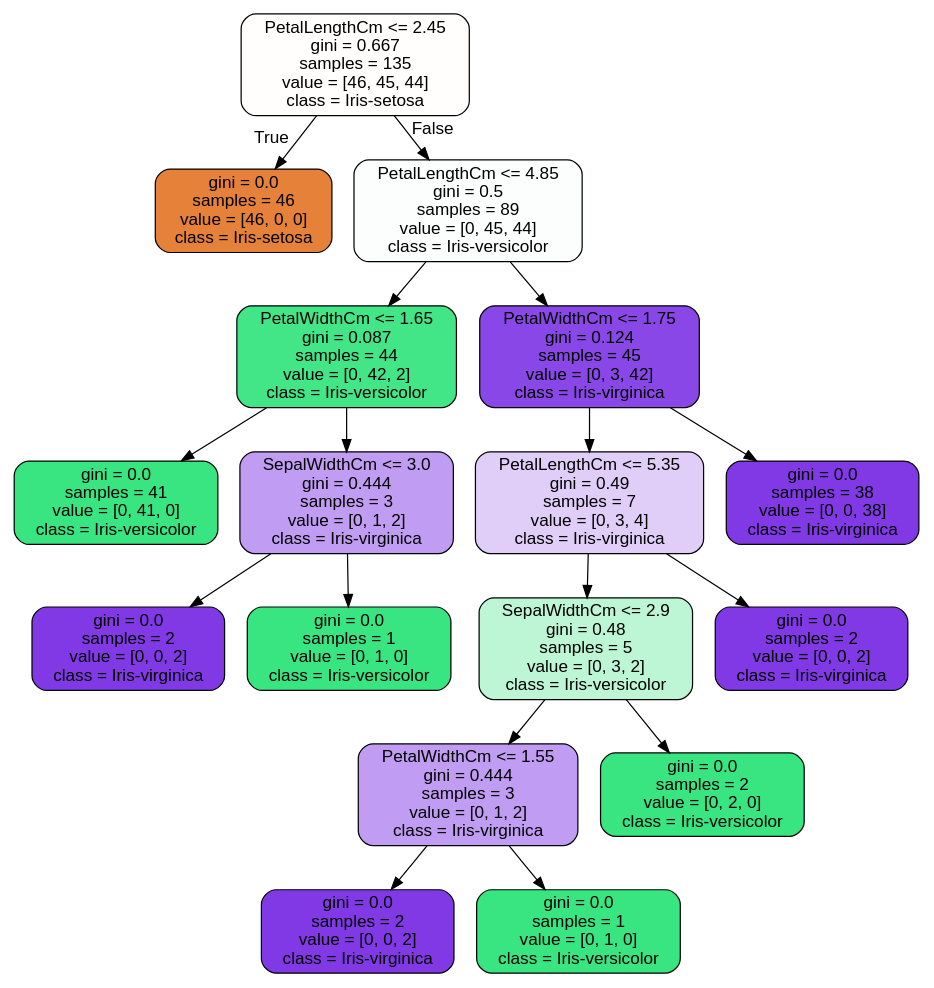
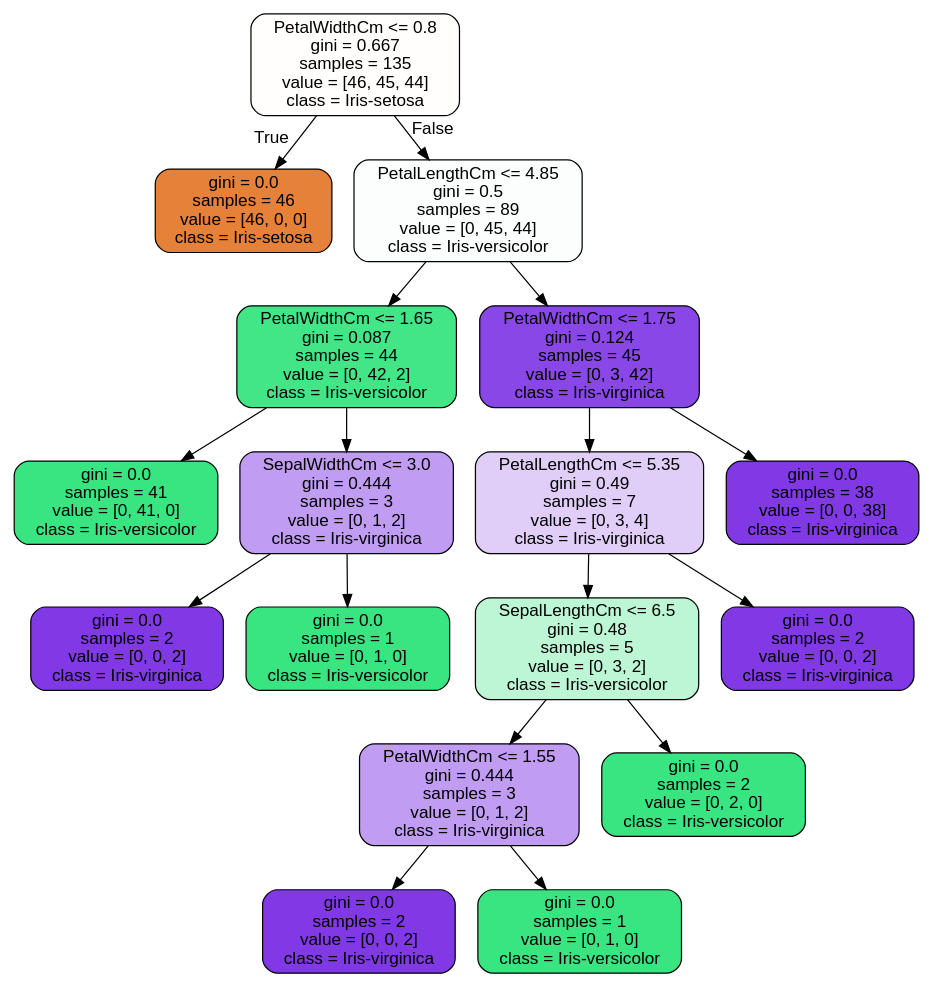
One commit to IAmNewbe/start-ml changed the diagram in iris_tree.dot. Above: the diagram before and after it, drawn with Graphviz. The commit also changed 3 other files, not shown here.

```diff
--- a/iris_tree.dot
+++ b/iris_tree.dot
@@ -1,37 +1,37 @@
 digraph Tree {
 node [shape=box, style="filled, rounded", color="black", fontname="helvetica"] ;
 edge [fontname="helvetica"] ;
-0 [label="PetalLengthCm <= 2.45\ngini = 0.667\nsamples = 135\nvalue = [46, 45, 44]\nclass = Iris-setosa", fillcolor="#fffefd"] ;
+0 [label="PetalWidthCm <= 0.8\ngini = 0.667\nsamples = 135\nvalue = [46, 45, 44]\nclass = Iris-setosa", fillcolor="#fffefd"] ;
 1 [label="gini = 0.0\nsamples = 46\nvalue = [46, 0, 0]\nclass = Iris-setosa", fillcolor="#e58139"] ;
 0 -> 1 [labeldistance=2.5, labelangle=45, headlabel="True"] ;
 2 [label="PetalLengthCm <= 4.85\ngini = 0.5\nsamples = 89\nvalue = [0, 45, 44]\nclass = Iris-versicolor", fillcolor="#fbfefc"] ;
 0 -> 2 [labeldistance=2.5, labelangle=-45, headlabel="False"] ;
 3 [label="PetalWidthCm <= 1.65\ngini = 0.087\nsamples = 44\nvalue = [0, 42, 2]\nclass = Iris-versicolor", fillcolor="#42e687"] ;
 2 -> 3 ;
 4 [label="gini = 0.0\nsamples = 41\nvalue = [0, 41, 0]\nclass = Iris-versicolor", fillcolor="#39e581"] ;
 3 -> 4 ;
 5 [label="SepalWidthCm <= 3.0\ngini = 0.444\nsamples = 3\nvalue = [0, 1, 2]\nclass = Iris-virginica", fillcolor="#c09cf2"] ;
 3 -> 5 ;
 6 [label="gini = 0.0\nsamples = 2\nvalue = [0, 0, 2]\nclass = Iris-virginica", fillcolor="#8139e5"] ;
 5 -> 6 ;
 7 [label="gini = 0.0\nsamples = 1\nvalue = [0, 1, 0]\nclass = Iris-versicolor", fillcolor="#39e581"] ;
 5 -> 7 ;
 8 [label="PetalWidthCm <= 1.75\ngini = 0.124\nsamples = 45\nvalue = [0, 3, 42]\nclass = Iris-virginica", fillcolor="#8a47e7"] ;
 2 -> 8 ;
 9 [label="PetalLengthCm <= 5.35\ngini = 0.49\nsamples = 7\nvalue = [0, 3, 4]\nclass = Iris-virginica", fillcolor="#e0cef8"] ;
 8 -> 9 ;
-10 [label="SepalWidthCm <= 2.9\ngini = 0.48\nsamples = 5\nvalue = [0, 3, 2]\nclass = Iris-versicolor", fillcolor="#bdf6d5"] ;
+10 [label="SepalLengthCm <= 6.5\ngini = 0.48\nsamples = 5\nvalue = [0, 3, 2]\nclass = Iris-versicolor", fillcolor="#bdf6d5"] ;
 9 -> 10 ;
 11 [label="PetalWidthCm <= 1.55\ngini = 0.444\nsamples = 3\nvalue = [0, 1, 2]\nclass = Iris-virginica", fillcolor="#c09cf2"] ;
 10 -> 11 ;
 12 [label="gini = 0.0\nsamples = 2\nvalue = [0, 0, 2]\nclass = Iris-virginica", fillcolor="#8139e5"] ;
 11 -> 12 ;
 13 [label="gini = 0.0\nsamples = 1\nvalue = [0, 1, 0]\nclass = Iris-versicolor", fillcolor="#39e581"] ;
 11 -> 13 ;
 14 [label="gini = 0.0\nsamples = 2\nvalue = [0, 2, 0]\nclass = Iris-versicolor", fillcolor="#39e581"] ;
 10 -> 14 ;
 15 [label="gini = 0.0\nsamples = 2\nvalue = [0, 0, 2]\nclass = Iris-virginica", fillcolor="#8139e5"] ;
 9 -> 15 ;
 16 [label="gini = 0.0\nsamples = 38\nvalue = [0, 0, 38]\nclass = Iris-virginica", fillcolor="#8139e5"] ;
 8 -> 16 ;
 }
```
